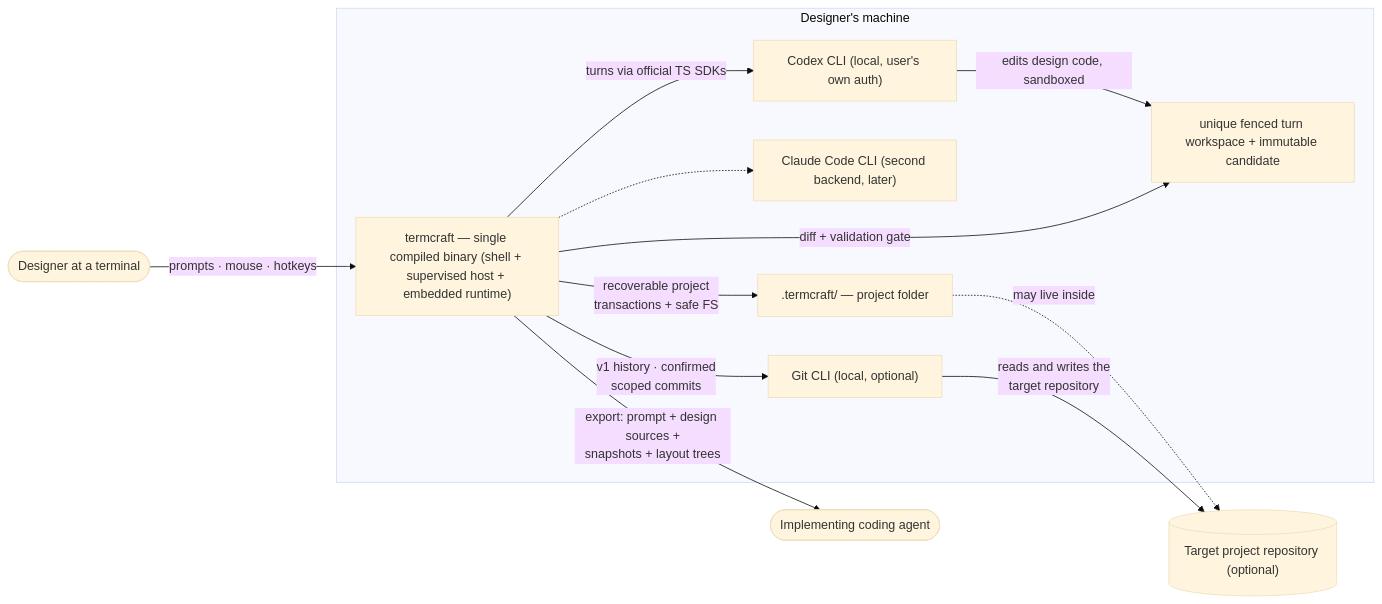
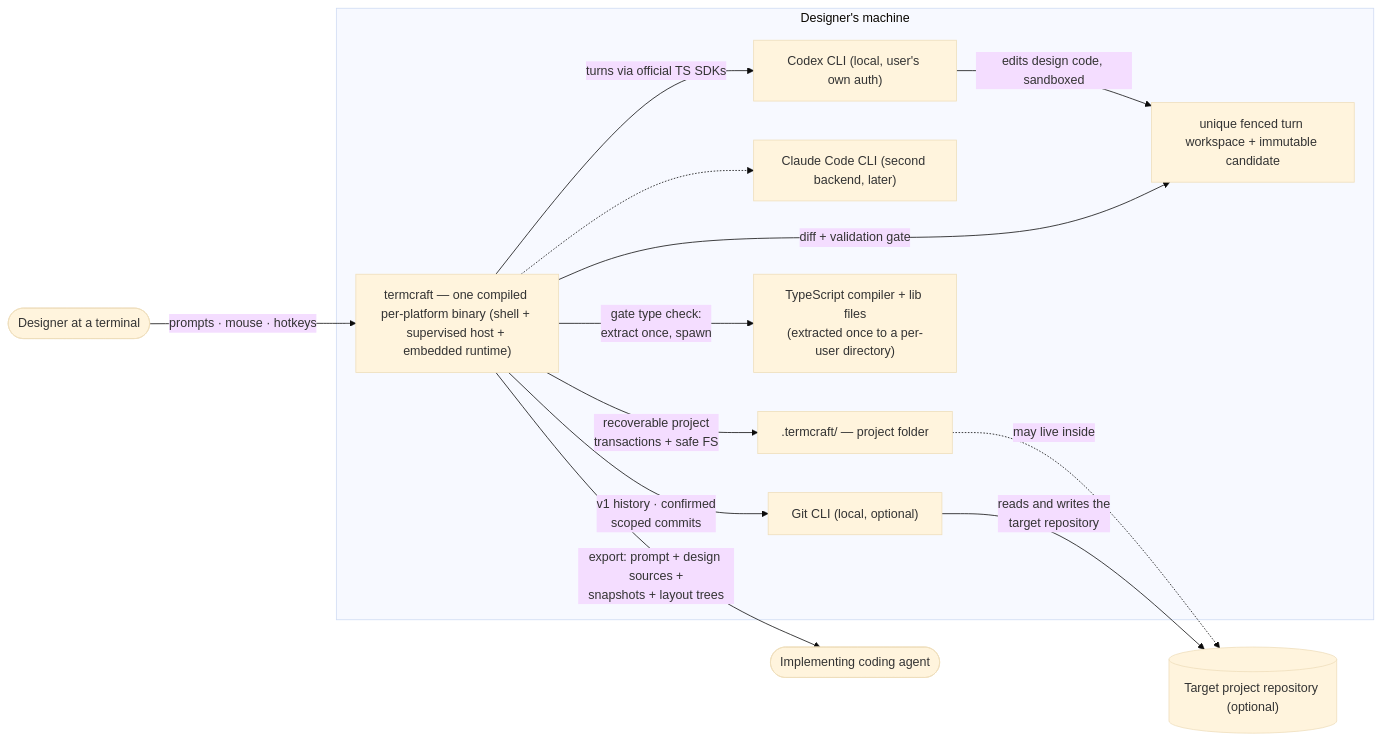
The diagram in docs/architecture/overview.md (khmilevoi/termcraft), drawn with Mermaid (base theme) before and after one commit. The commit also changed other lines of this file and 4 other files, not shown here.

First line of the commit message:
@ docs: sync architecture docs to the landed spike amendments

````diff
--- a/docs/architecture/overview.md
+++ b/docs/architecture/overview.md
@@ -3,25 +3,27 @@
 ```mermaid
 flowchart LR
     designer(["Designer at a terminal"])
     coder(["Implementing coding agent"])
     subgraph machine["Designer's machine"]
-        termcraft["termcraft — single compiled binary (shell + supervised host + embedded runtime)"]
+        termcraft["termcraft — one compiled per-platform binary (shell + supervised host + embedded runtime)"]
         codexcli["Codex CLI (local, user's own auth)"]
         claudecli["Claude Code CLI (second backend, later)"]
         gitcli["Git CLI (local, optional)"]
+        tsc["TypeScript compiler + lib files<br/>(extracted once to a per-user directory)"]
         staging["unique fenced turn workspace + immutable candidate"]
         folder[".termcraft/ — project folder"]
     end
     repo[("Target project repository (optional)")]
 
     designer -- "prompts · mouse · hotkeys" --> termcraft
     termcraft -- "turns via official TS SDKs" --> codexcli
     termcraft -.-> claudecli
     codexcli -- "edits design code, sandboxed" --> staging
     termcraft -- "diff + validation gate" --> staging
+    termcraft -- "gate type check:<br/>extract once, spawn" --> tsc
     termcraft -- "recoverable project<br/>transactions + safe FS" --> folder
     folder -. "may live inside" .-> repo
     termcraft -- "v1 history · confirmed<br/>scoped commits" --> gitcli
     gitcli -- "reads and writes the<br/>target repository" --> repo
     termcraft -- "export: prompt + design sources +<br/>snapshots + layout trees" --> coder
 ```
````
